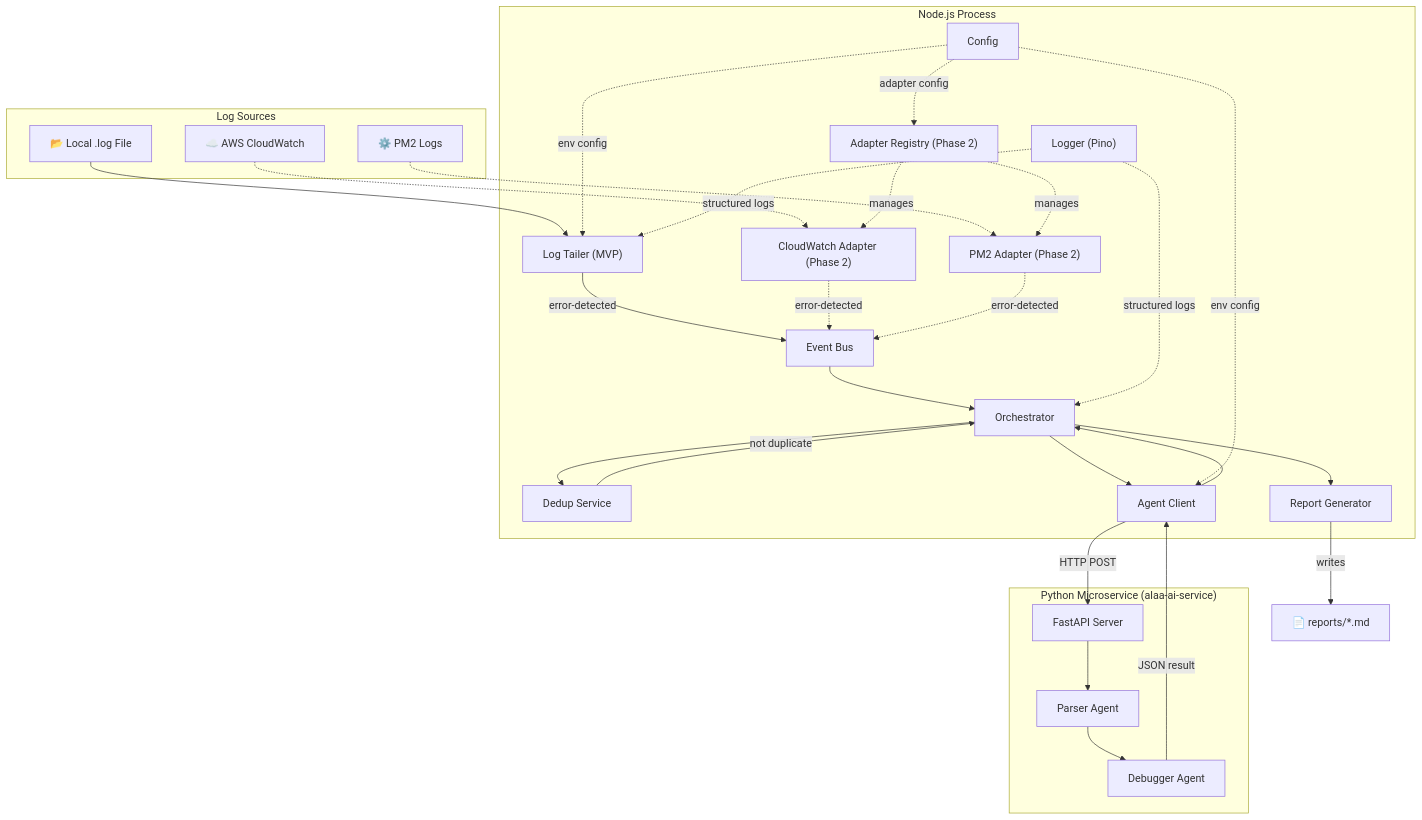
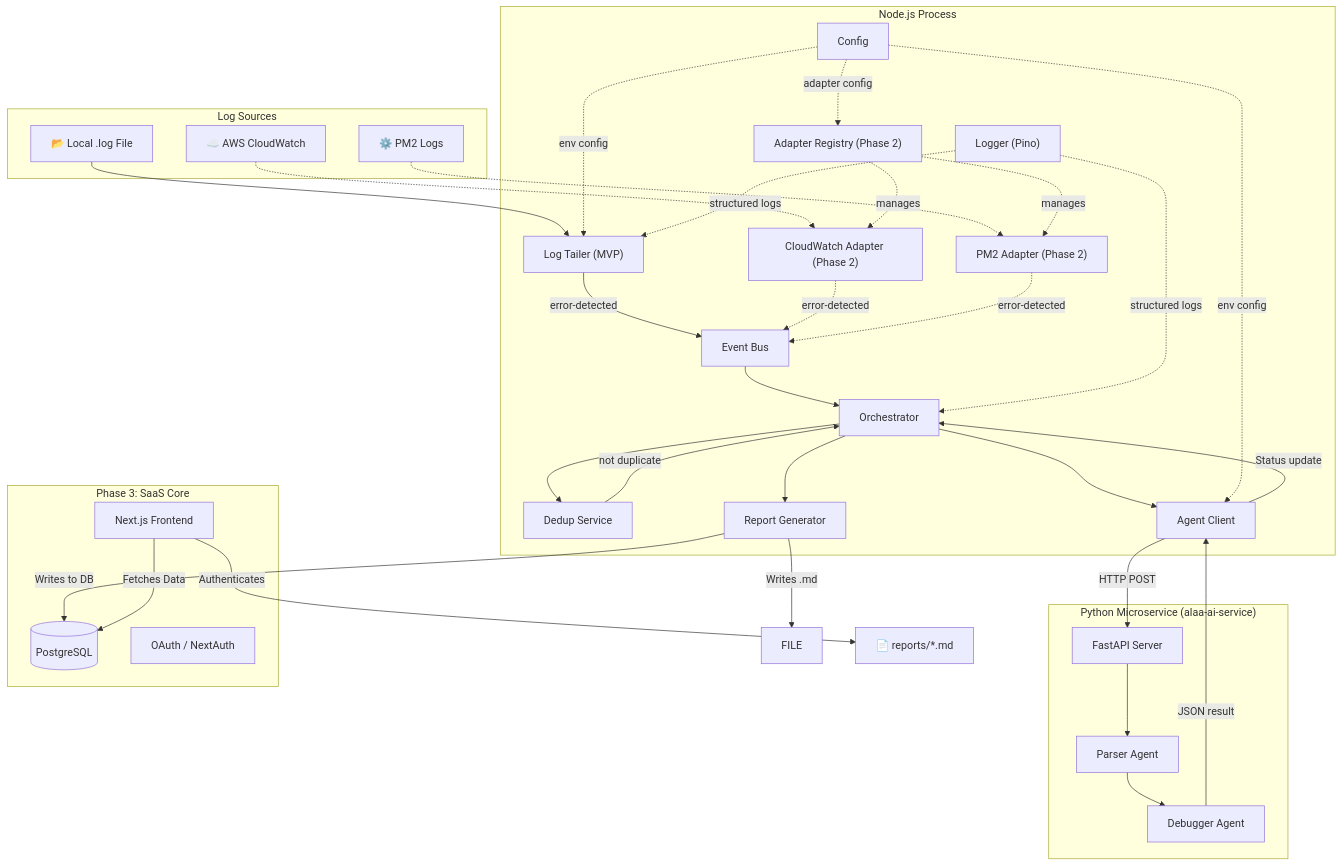
The first of 10 diagrams in docs/hld.md (muddledluck/Agentic-Log-Analyzer-And-Auto-Fixer), drawn with Mermaid before and after one commit. The commit also changed other lines of this file and 30 other files, not shown here.

````diff
--- a/docs/hld.md
+++ b/docs/hld.md
@@ -7,56 +9,65 @@
 ```mermaid
 graph TB
     subgraph "Node.js Process"
         CFG["Config"]
         AR["Adapter Registry (Phase 2)"]
         LT["Log Tailer (MVP)"]
         CW["CloudWatch Adapter (Phase 2)"]
         PM["PM2 Adapter (Phase 2)"]
         EB["Event Bus"]
         OR["Orchestrator"]
         DS["Dedup Service"]
         AC["Agent Client"]
         RG["Report Generator"]
         LOG["Logger (Pino)"]
     end
 
     subgraph "Python Microservice (alaa-ai-service)"
         CS["FastAPI Server"]
         PA["Parser Agent"]
         DA["Debugger Agent"]
+    end
+
+    subgraph "Phase 3: SaaS Core"
+        FE["Next.js Frontend"]
+        DB[(PostgreSQL)]
+        AUTH["OAuth / NextAuth"]
     end
 
     subgraph "Log Sources"
         LS1["📂 Local .log File"]
         LS2["☁️ AWS CloudWatch"]
         LS3["⚙️ PM2 Logs"]
     end
 
     LS1 --> LT
     LS2 -.-> CW
     LS3 -.-> PM
 
     LT -->|error-detected| EB
     CW -.->|error-detected| EB
     PM -.->|error-detected| EB
     AR -.->|manages| CW
     AR -.->|manages| PM
 
     EB --> OR
     OR --> DS
     DS -->|not duplicate| OR
     OR --> AC
     AC -->|HTTP POST| CS
     CS --> PA
     PA --> DA
     DA -->|JSON result| AC
-    AC --> OR
-    OR --> RG
-    RG -->|writes| RPT["📄 reports/*.md"]
+    AC -->|Status update| OR
+    OR --> RG["Report Generator"]
+    RG -->|Writes .md| FILE
+    RG -->|Writes to DB| DB
+    FE -->|Fetches Data| DB
+    FE -->|Authenticates| AUTHRPT["📄 reports/*.md"]
 
     CFG -.->|env config| LT
     CFG -.->|env config| AC
     CFG -.->|adapter config| AR
     LOG -.->|structured logs| LT
     LOG -.->|structured logs| OR
 ```
````
